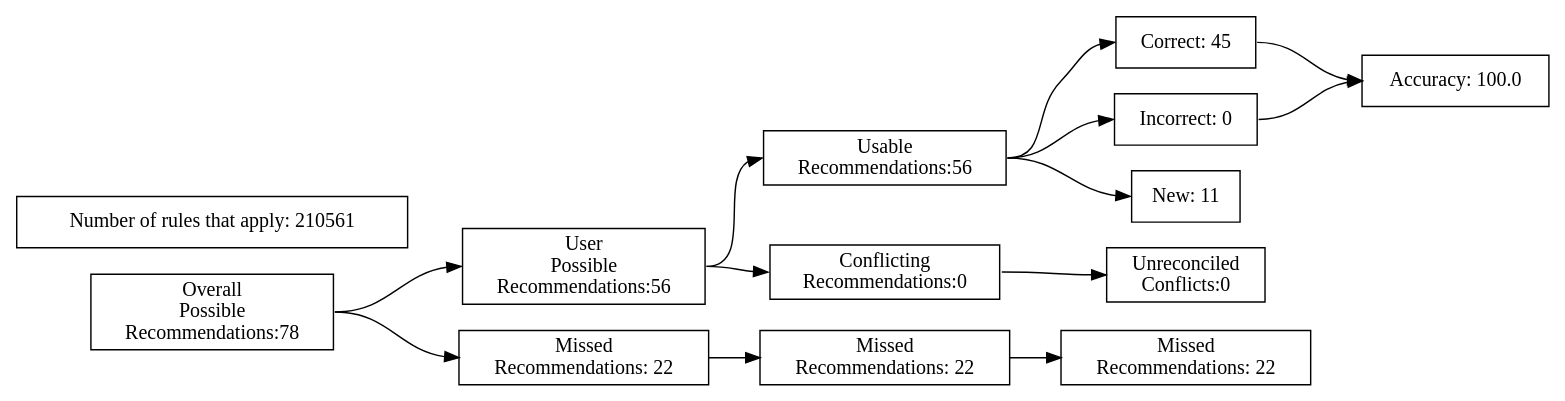
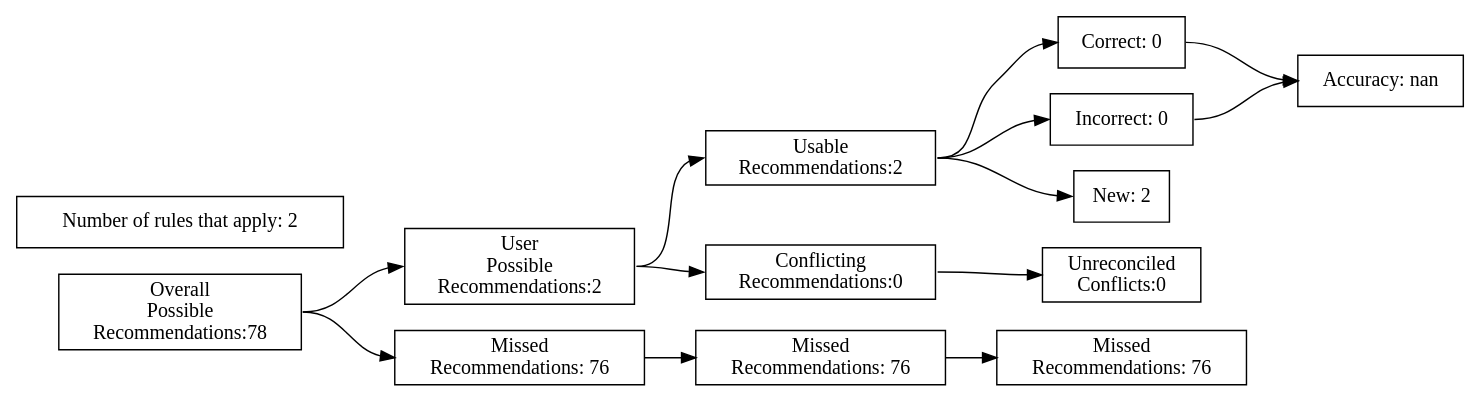
Before and after one commit to ZaxR/ibd_diet_analysis: the diagram in test_renders/72.gv, drawn with Graphviz. The commit also changed 226 other files, not shown here.

Commit message:
Add model rule chart; fix typos

```diff
--- a/test_renders/72.gv
+++ b/test_renders/72.gv
@@ -1,40 +1,40 @@
 digraph {
 	graph [rankdir=LR]
 	node [pos=r shape=box]
 	edge [headport=w tailport=e]
 		A [label="Overall
 Possible
 Recommendations:78"]
 		B [label="User
 Possible
-Recommendations:56"]
+Recommendations:2"]
 		C [label="Missed
-Recommendations: 22"]
+Recommendations: 76"]
 		D [label="Usable
-Recommendations:56"]
+Recommendations:2"]
 		E [label="Conflicting
 Recommendations:0"]
 		J [label="Missed
-Recommendations: 22"]
+Recommendations: 76"]
 		M [label="Unreconciled
 Conflicts:0"]
-		F [label="Correct: 45"]
+		F [label="Correct: 0"]
 		G [label="Incorrect: 0"]
-		H [label="New: 11"]
+		H [label="New: 2"]
 		K [label="Missed
-Recommendations: 22"]
-		I [label="Accuracy: 100.0"]
-		l [label="Number of rules that apply: 210561"]
+Recommendations: 76"]
+		I [label="Accuracy: nan"]
+		l [label="Number of rules that apply: 2"]
 			A -> B
 			A -> C
 			B -> D
 			B -> E
 			D -> F
 			D -> G
 			D -> H
 			F -> I
 			G -> I
 			C -> J
 			J -> K
 			E -> M
 }
```
